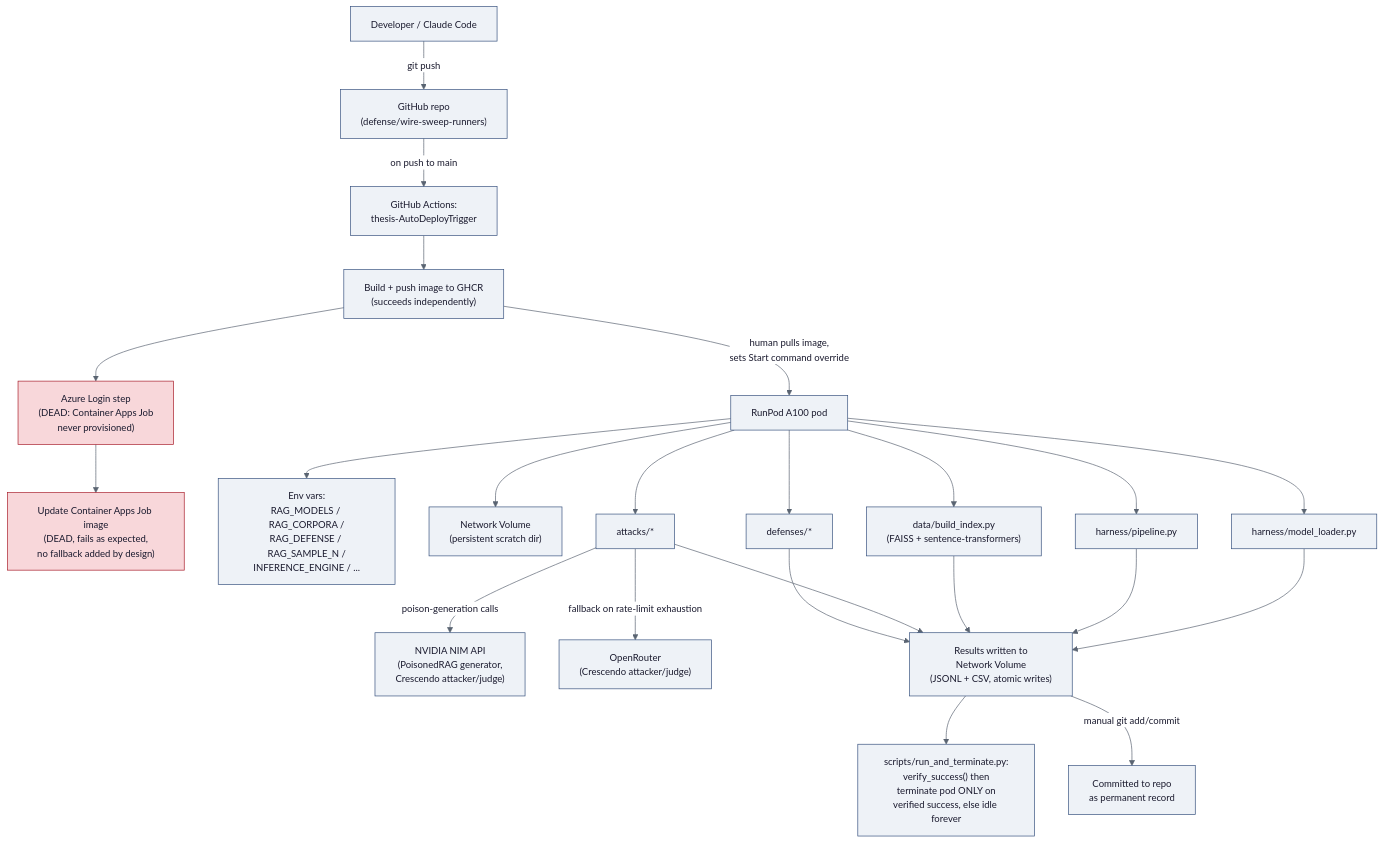
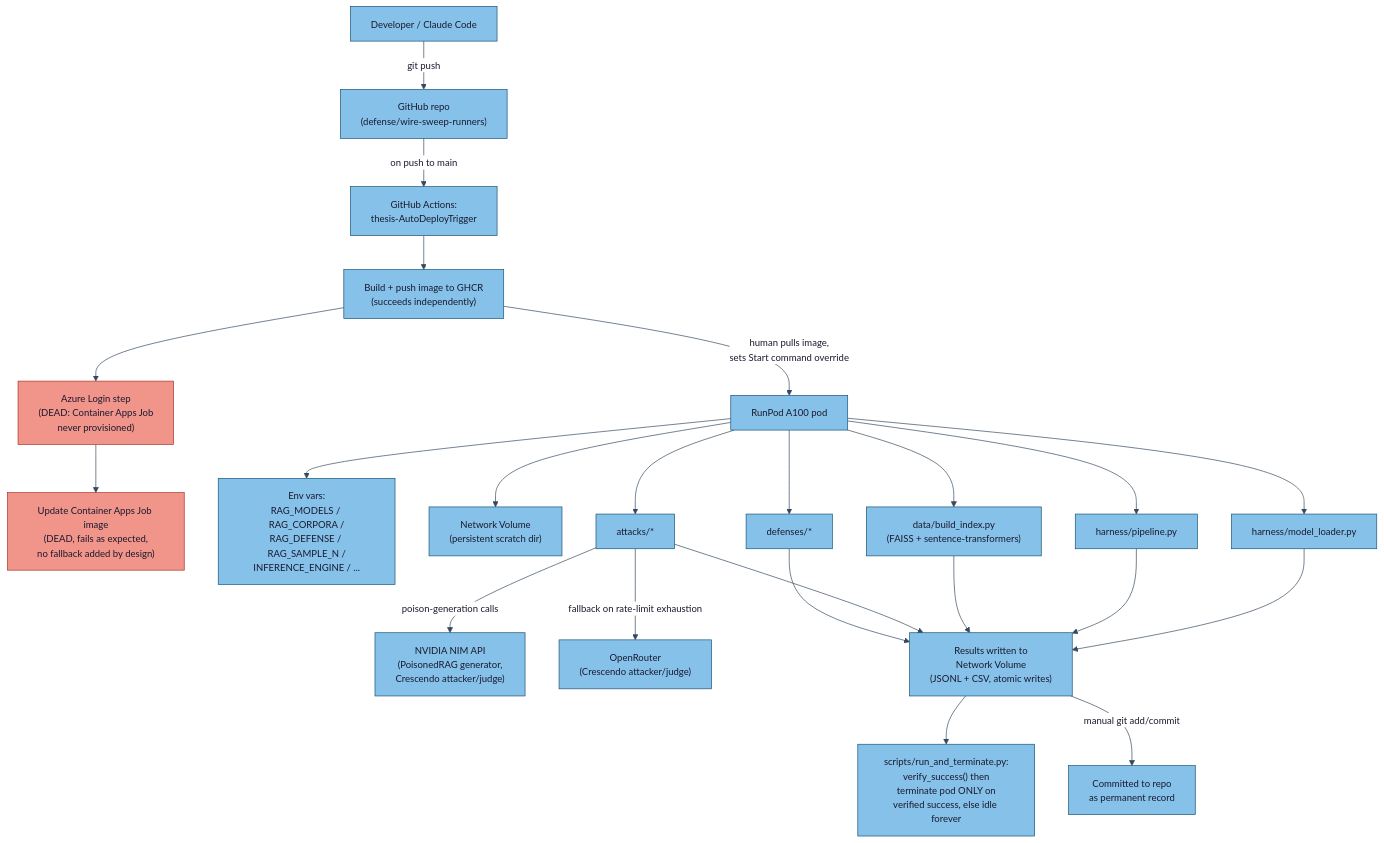
The second of 11 diagrams in docs/THESIS_ARCHITECTURE.md (Simarjit1303/rag-adversarial-robustness), drawn with Mermaid before and after one commit. The commit also changed other lines of this file, not shown here.

First line of the commit message:
Enrich THESIS_ARCHITECTURE.md diagram palette for visual variety

````diff
--- a/docs/THESIS_ARCHITECTURE.md
+++ b/docs/THESIS_ARCHITECTURE.md
@@ -79,34 +79,34 @@
 ```mermaid
-%%{init: {'theme':'base','themeVariables':{'primaryColor':'#eef2f7','primaryTextColor':'#1a1a2e','primaryBorderColor':'#37517e','lineColor':'#5a6472','secondaryColor':'#eef2f7','secondaryTextColor':'#1a1a2e','secondaryBorderColor':'#37517e','tertiaryColor':'#eef2f7','tertiaryTextColor':'#1a1a2e','tertiaryBorderColor':'#37517e','edgeLabelBackground':'#ffffff','clusterBkg':'#eef2f7','clusterBorder':'#37517e','titleColor':'#1a1a2e','textColor':'#1a1a2e','fontSize':'14px'}}}%%
+%%{init: {'theme':'base','themeVariables':{'primaryColor':'#85c1e9','primaryTextColor':'#1a1a2e','primaryBorderColor':'#1a5276','lineColor':'#34495e','secondaryColor':'#85c1e9','secondaryTextColor':'#1a1a2e','secondaryBorderColor':'#1a5276','tertiaryColor':'#85c1e9','tertiaryTextColor':'#1a1a2e','tertiaryBorderColor':'#1a5276','edgeLabelBackground':'#ffffff','clusterBkg':'#d6eaf8','clusterBorder':'#1a5276','titleColor':'#1a1a2e','textColor':'#1a1a2e','fontSize':'14px'}}}%%
 flowchart TD
     DEV["Developer / Claude Code"] -->|"git push"| REPO["GitHub repo<br/>(defense/wire-sweep-runners)"]
     REPO -->|"on push to main"| CI["GitHub Actions:<br/>thesis-AutoDeployTrigger"]
     CI --> BUILD["Build + push image to GHCR<br/>(succeeds independently)"]
     BUILD --> AZLOGIN["Azure Login step<br/>(DEAD: Container Apps Job<br/>never provisioned)"]
     AZLOGIN --> AZUPDATE["Update Container Apps Job image<br/>(DEAD, fails as expected,<br/>no fallback added by design)"]
 
     BUILD -->|"human pulls image,<br/>sets Start command override"| POD["RunPod A100 pod"]
     POD --> ENVVARS["Env vars:<br/>RAG_MODELS / RAG_CORPORA /<br/>RAG_DEFENSE / RAG_SAMPLE_N /<br/>INFERENCE_ENGINE / ..."]
     POD --> VOL["Network Volume<br/>(persistent scratch dir)"]
 
     POD --> ML["harness/model_loader.py"]
     POD --> PIPE["harness/pipeline.py"]
     POD --> IDX["data/build_index.py<br/>(FAISS + sentence-transformers)"]
     POD --> ATK["attacks/*"]
     POD --> DEF["defenses/*"]
 
     ATK -->|"poison-generation calls"| NIM["NVIDIA NIM API<br/>(PoisonedRAG generator,<br/>Crescendo attacker/judge)"]
     ATK -->|"fallback on rate-limit exhaustion"| OR["OpenRouter<br/>(Crescendo attacker/judge)"]
 
     ML --> RESULTS["Results written to<br/>Network Volume<br/>(JSONL + CSV, atomic writes)"]
     PIPE --> RESULTS
     IDX --> RESULTS
     ATK --> RESULTS
     DEF --> RESULTS
 
     RESULTS --> WATCHER["scripts/run_and_terminate.py:<br/>verify_success() then<br/>terminate pod ONLY on<br/>verified success, else idle forever"]
     RESULTS -->|"manual git add/commit"| GITRECORD["Committed to repo<br/>as permanent record"]
 
-    classDef dead fill:#f8d7da,stroke:#a71d2a,color:#1a1a2e
+    classDef dead fill:#f1948a,stroke:#a93226,color:#1a1a2e
     class AZLOGIN,AZUPDATE dead
 ```
````
